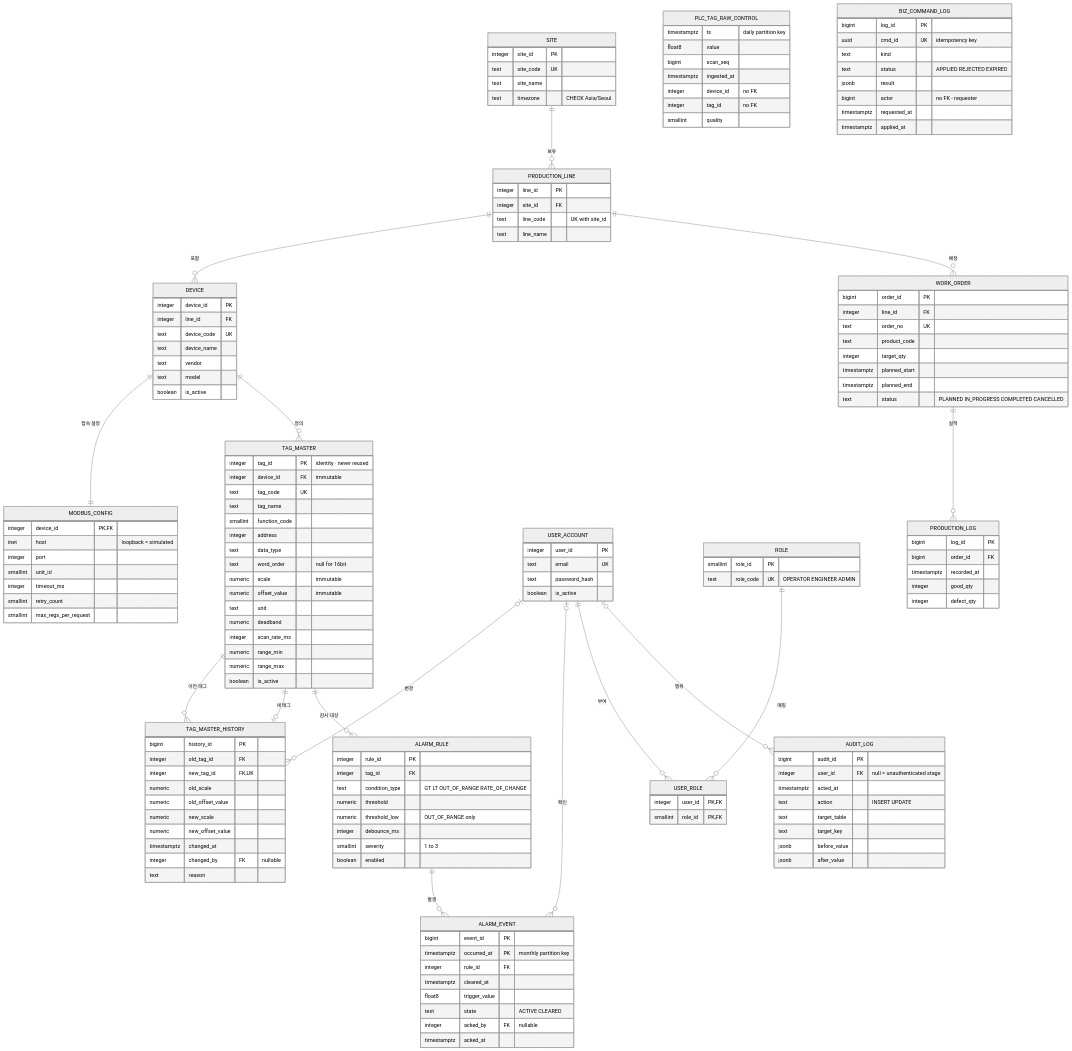
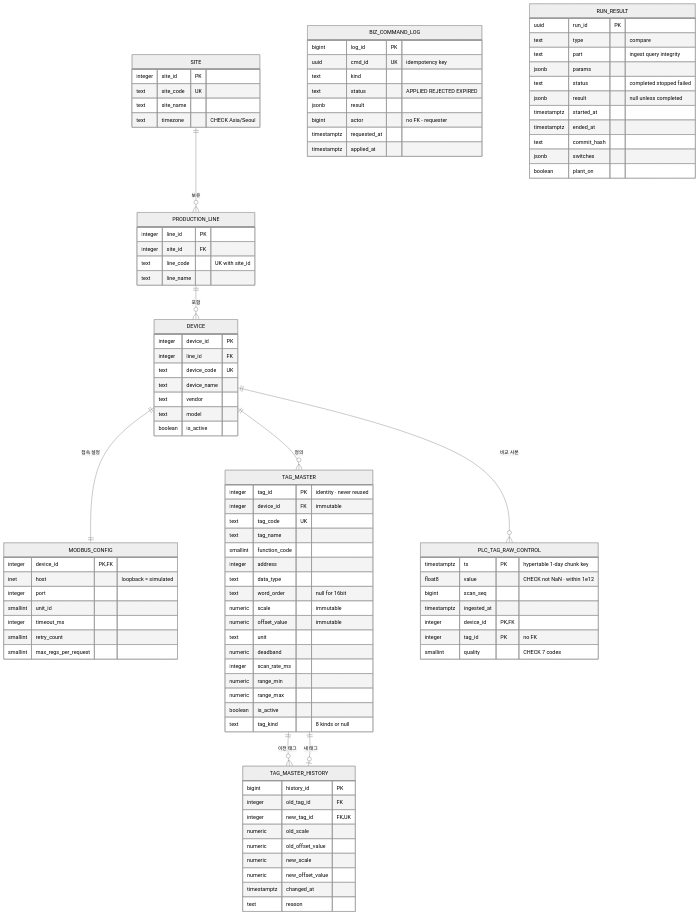
Before and after one commit to jaepil02/db_study: the first of 3 diagrams in docs/05_data_stores/erd.md, drawn with Mermaid (neutral theme). The commit also changed other lines of this file and 128 other files, not shown here.

````diff
--- a/docs/05_data_stores/erd.md
+++ b/docs/05_data_stores/erd.md
@@ -39,15 +42,7 @@
     DEVICE ||--o{ TAG_MASTER : "정의"
     TAG_MASTER ||--o{ TAG_MASTER_HISTORY : "이전 태그"
     TAG_MASTER ||--o| TAG_MASTER_HISTORY : "새 태그"
-    USER_ACCOUNT |o--o{ TAG_MASTER_HISTORY : "변경"
-    TAG_MASTER ||--o{ ALARM_RULE : "감시 대상"
-    ALARM_RULE ||--o{ ALARM_EVENT : "발생"
-    USER_ACCOUNT |o--o{ ALARM_EVENT : "확인"
-    USER_ACCOUNT ||--o{ USER_ROLE : "부여"
-    ROLE ||--o{ USER_ROLE : "매핑"
-    PRODUCTION_LINE ||--o{ WORK_ORDER : "배정"
-    WORK_ORDER ||--o{ PRODUCTION_LOG : "실적"
-    USER_ACCOUNT |o--o{ AUDIT_LOG : "행위"
+    DEVICE ||--o{ PLC_TAG_RAW_CONTROL : "비교 사본"
 
     SITE {
         integer site_id PK
@@ -96,6 +91,7 @@
         numeric range_min
         numeric range_max
         boolean is_active
+        text tag_kind "8 kinds or null"
     }
     TAG_MASTER_HISTORY {
         bigint history_id PK
@@ -106,78 +102,16 @@
         numeric new_scale
         numeric new_offset_value
         timestamptz changed_at
-        integer changed_by FK "nullable"
         text reason
     }
-    ALARM_RULE {
-        integer rule_id PK
-        integer tag_id FK
-        text condition_type "GT LT OUT_OF_RANGE RATE_OF_CHANGE"
-        numeric threshold
-        numeric threshold_low "OUT_OF_RANGE only"
-        integer debounce_ms
-        smallint severity "1 to 3"
-        boolean enabled
-    }
-    ALARM_EVENT {
-        bigint event_id PK
-        timestamptz occurred_at PK "monthly partition key"
-        integer rule_id FK
-        timestamptz cleared_at
-        float8 trigger_value
-        text state "ACTIVE CLEARED"
-        integer acked_by FK "nullable"
-        timestamptz acked_at
-    }
-    USER_ACCOUNT {
-        integer user_id PK
-        text email UK
-        text password_hash
-        boolean is_active
-    }
-    ROLE {
-        smallint role_id PK
-        text role_code UK "OPERATOR ENGINEER ADMIN"
-    }
-    USER_ROLE {
-        integer user_id PK, FK
-        smallint role_id PK, FK
-    }
-    WORK_ORDER {
-        bigint order_id PK
-        integer line_id FK
-        text order_no UK
-        text product_code
-        integer target_qty
-        timestamptz planned_start
-        timestamptz planned_end
-        text status "PLANNED IN_PROGRESS COMPLETED CANCELLED"
-    }
-    PRODUCTION_LOG {
-        bigint log_id PK
-        bigint order_id FK
-        timestamptz recorded_at
-        integer good_qty
-        integer defect_qty
-    }
-    AUDIT_LOG {
-        bigint audit_id PK
-        integer user_id FK "null = unauthenticated stage"
-        timestamptz acted_at
-        text action "INSERT UPDATE"
-        text target_table
-        text target_key
-        jsonb before_value
-        jsonb after_value
-    }
     PLC_TAG_RAW_CONTROL {
-        timestamptz ts "daily partition key"
-        float8 value
+        timestamptz ts PK "hypertable 1-day chunk key"
+        float8 value "CHECK not NaN · within 1e12"
         bigint scan_seq
         timestamptz ingested_at
-        integer device_id "no FK"
-        integer tag_id "no FK"
-        smallint quality
+        integer device_id PK, FK
+        integer tag_id PK "no FK"
+        smallint quality "CHECK 7 codes"
     }
     BIZ_COMMAND_LOG {
         bigint log_id PK
@@ -189,4 +123,17 @@
         timestamptz requested_at
         timestamptz applied_at
     }
+    RUN_RESULT {
+        uuid run_id PK
+        text type "compare"
+        text part "ingest query integrity"
+        jsonb params
+        text status "completed stopped failed"
+        jsonb result "null unless completed"
+        timestamptz started_at
+        timestamptz ended_at
+        text commit_hash
+        jsonb switches
+        boolean plant_on
+    }
 ```
````
